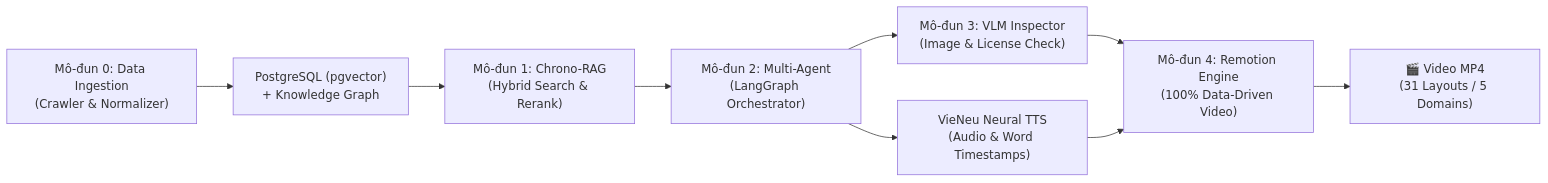
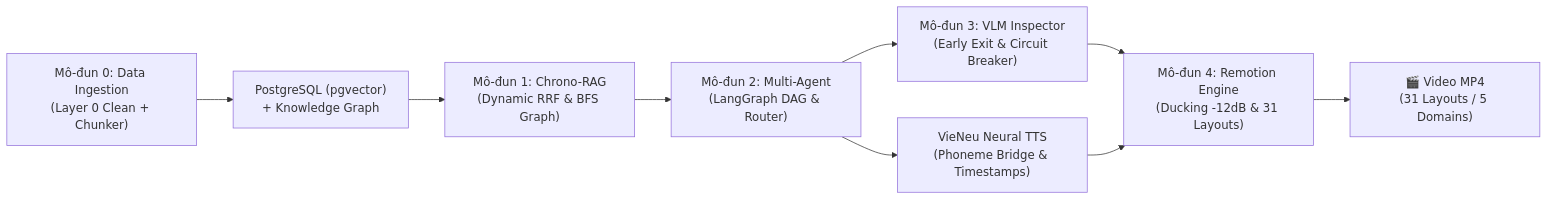
One commit to TCTri205/ChronoViet changed the diagram in README.md. Above: the diagram before and after it, drawn with Mermaid. The commit also changed other lines of this file and 63 other files, not shown here.

First line of the commit message:
feat(core): enhance ingestion pipeline, audio ducking, tts normalization, and rag retrieval

````diff
--- a/README.md
+++ b/README.md
@@ -35,11 +35,11 @@
 ```mermaid
 flowchart LR
-    A["Mô-đun 0: Data Ingestion\n(Crawler & Normalizer)"] --> B["PostgreSQL (pgvector)\n+ Knowledge Graph"]
-    B --> C["Mô-đun 1: Chrono-RAG\n(Hybrid Search & Rerank)"]
-    C --> D["Mô-đun 2: Multi-Agent\n(LangGraph Orchestrator)"]
-    D --> E["Mô-đun 3: VLM Inspector\n(Image & License Check)"]
-    D --> F["VieNeu Neural TTS\n(Audio & Word Timestamps)"]
-    E --> G["Mô-đun 4: Remotion Engine\n(100% Data-Driven Video)"]
+    A["Mô-đun 0: Data Ingestion\n(Layer 0 Clean + Chunker)"] --> B["PostgreSQL (pgvector)\n+ Knowledge Graph"]
+    B --> C["Mô-đun 1: Chrono-RAG\n(Dynamic RRF & BFS Graph)"]
+    C --> D["Mô-đun 2: Multi-Agent\n(LangGraph DAG & Router)"]
+    D --> E["Mô-đun 3: VLM Inspector\n(Early Exit & Circuit Breaker)"]
+    D --> F["VieNeu Neural TTS\n(Phoneme Bridge & Timestamps)"]
+    E --> G["Mô-đun 4: Remotion Engine\n(Ducking -12dB & 31 Layouts)"]
     F --> G
     G --> H["🎬 Video MP4\n(31 Layouts / 5 Domains)"]
 ```
````
